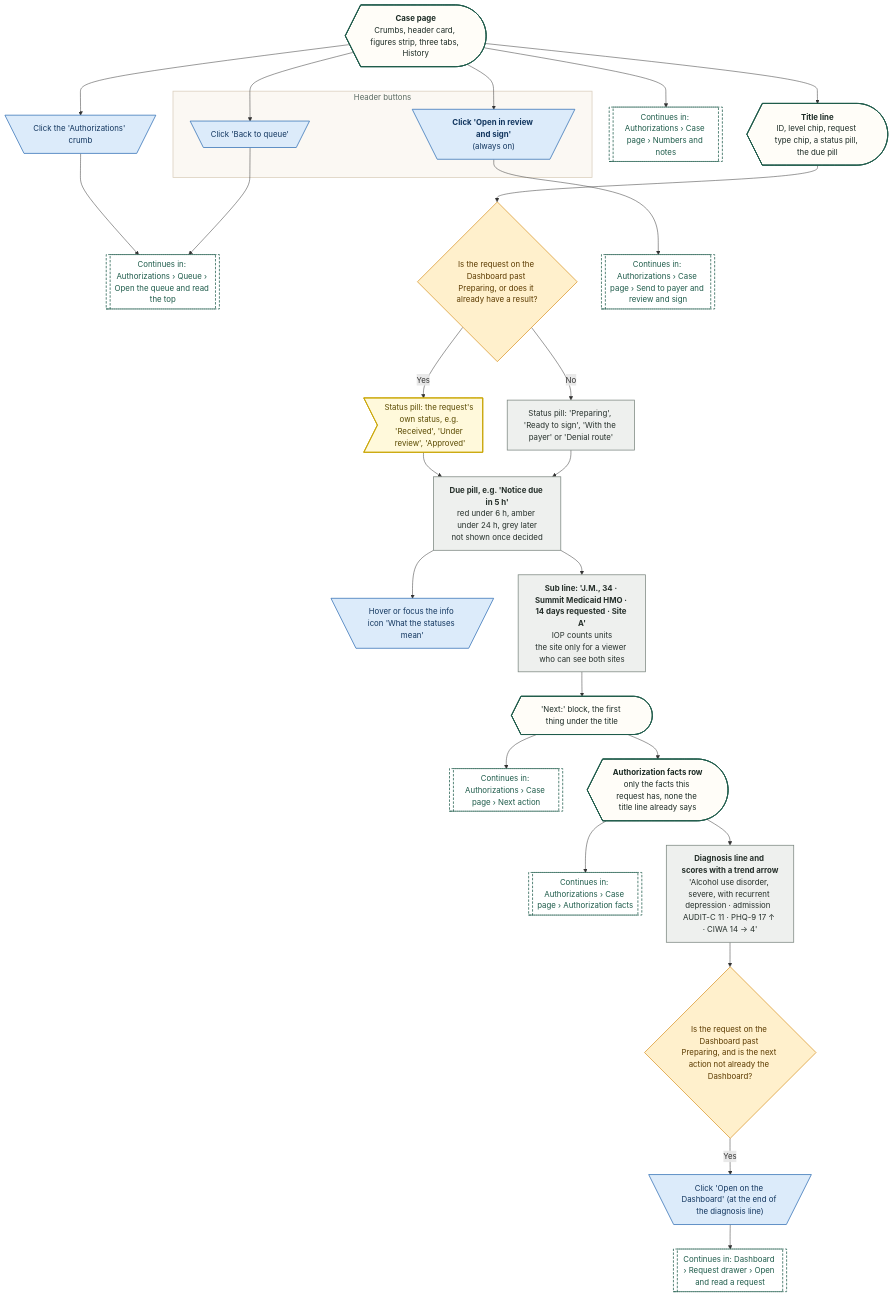
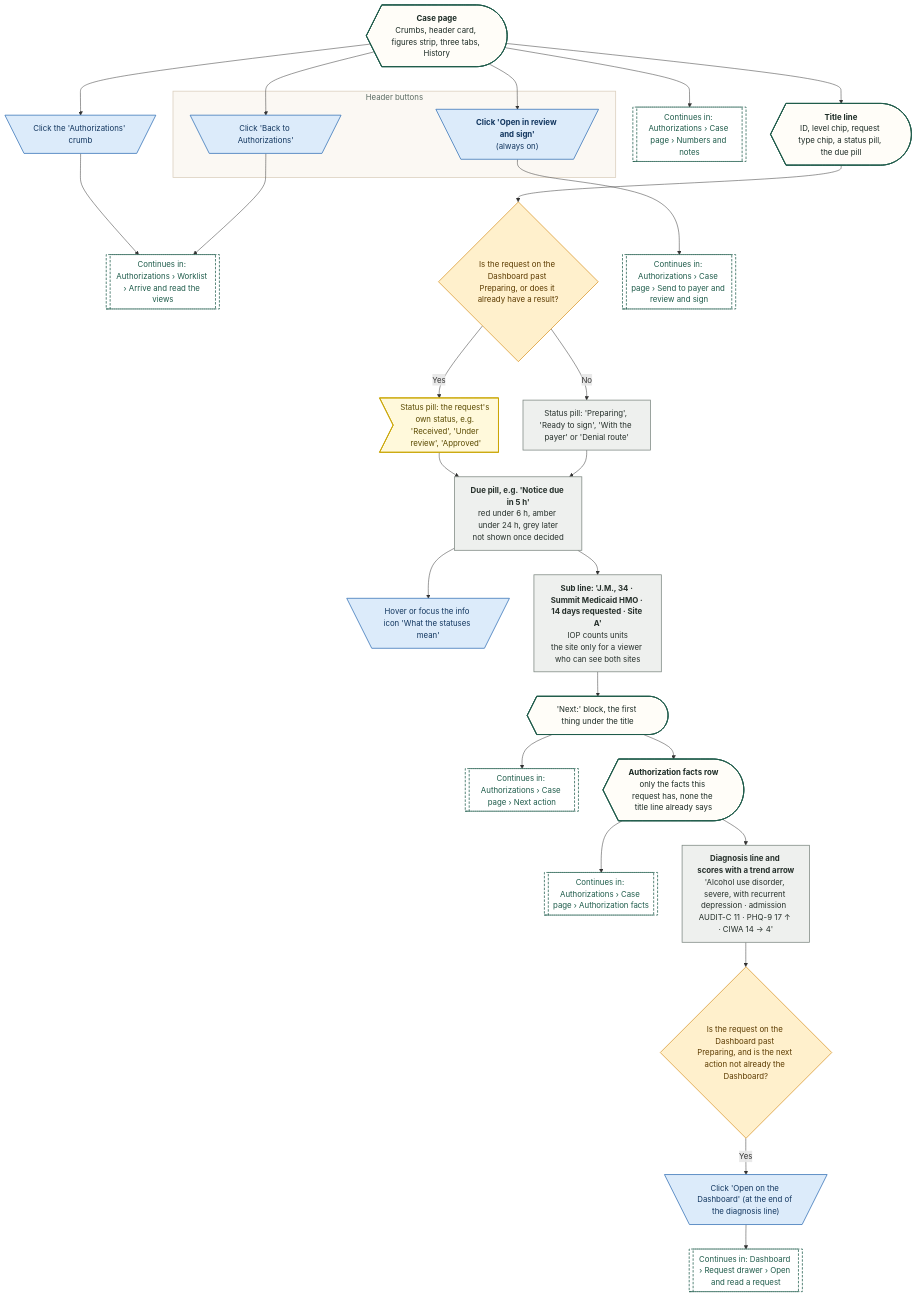
Diagram 15 of 38 in demos/prior-auth-demo/workflows/out/md/03-authorizations.md (Shrav143/psyfloapp), drawn with Mermaid before and after one commit. The commit also changed other lines of this file and 113 other files, not shown here.

First line of the commit message:
docs: workflow diagrams for the merged Authorizations (worklist, approved, reviews and tracked cases, sidebar arrow), every link retargeted, 336 diagrams

````diff
--- a/demos/prior-auth-demo/workflows/out/md/03-authorizations.md
+++ b/demos/prior-auth-demo/workflows/out/md/03-authorizations.md
@@ -909,65 +1243,65 @@
 ```mermaid
 %%{init: {"theme":"base","themeVariables":{"fontFamily":"'DM Sans', 'Segoe UI', system-ui, sans-serif","fontSize":"15px","lineColor":"#5B6B63","primaryTextColor":"#1C2B25","clusterBkg":"#FBF8F3","clusterBorder":"#D9CDBB","edgeLabelBackground":"#FFFFFF"},"flowchart":{"curve":"basis","nodeSpacing":36,"rankSpacing":48,"padding":12,"htmlLabels":true,"useMaxWidth":false,"wrappingWidth":230}} }%%
 flowchart TD
   classDef k_start fill:#1F5C4B,stroke:#174638,color:#FFFFFF,stroke-width:1.5px,font-weight:600
   classDef k_end fill:#DDEFE3,stroke:#2E7D4F,color:#14502F,stroke-width:1.5px,font-weight:600
   classDef k_endx fill:#FBE3E0,stroke:#C0392B,color:#7A1F16,stroke-width:1.5px,font-weight:600
   classDef k_screen fill:#FFFDF8,stroke:#1F5C4B,color:#1C2B25,stroke-width:2px
   classDef k_overlay fill:#F1F7F3,stroke:#1F5C4B,color:#1C2B25,stroke-width:2px,stroke-dasharray:5 3
   classDef k_click fill:#DCEBFA,stroke:#2F6DB5,color:#12365F,stroke-width:1.5px
   classDef k_input fill:#E4E7FF,stroke:#4C5FD5,color:#1D2670,stroke-width:1.5px
   classDef k_process fill:#EEF0EE,stroke:#7A857F,color:#26302B,stroke-width:1.5px
   classDef k_agent fill:#EEE5FA,stroke:#7A4FC2,color:#341A63,stroke-width:1.5px
   classDef k_decision fill:#FFF0CC,stroke:#D9962B,color:#5C3B00,stroke-width:1.5px
   classDef k_store fill:#D5F0EA,stroke:#1C8E7B,color:#0B4A3F,stroke-width:1.5px
   classDef k_doc fill:#F6E9DC,stroke:#B07A4C,color:#4A2E14,stroke-width:1.5px
   classDef k_ext fill:#FFE6D2,stroke:#E07B39,color:#6B2F06,stroke-width:1.5px
   classDef k_wait fill:#E4E8EE,stroke:#6B7C93,color:#26303D,stroke-width:1.5px
   classDef k_toast fill:#FFF9DB,stroke:#C9A400,color:#5A4A00,stroke-width:1.5px
   classDef k_goto fill:#FFFFFF,stroke:#1F5C4B,color:#1F5C4B,stroke-width:1.5px,stroke-dasharray:5 3
   pg@{ shape: curv-trap, label: "<b>Case page</b><br/>Crumbs, header card, figures strip, three tabs, History" }
   cr@{ shape: trap-t, label: "Click the 'Authorizations' crumb" }
-  gQ@{ shape: subproc, label: "Continues in: Authorizations › Queue › Open the queue and read the top" }
+  gQ@{ shape: subproc, label: "Continues in: Authorizations › Worklist › Arrive and read the views" }
   hd@{ shape: curv-trap, label: "<b>Title line</b><br/>ID, level chip, request type chip, a status pill, the due pill" }
   dCh@{ shape: diam, label: "Is the request on the Dashboard past Preparing, or does it already have a result?" }
   pc@{ shape: odd, label: "Status pill: the request's own status, e.g. 'Received', 'Under review', 'Approved'" }
   ps@{ shape: rect, label: "Status pill: 'Preparing', 'Ready to sign', 'With the payer' or 'Denial route'" }
   pd@{ shape: rect, label: "<b>Due pill, e.g. 'Notice due in 5 h'</b><br/>red under 6 h, amber under 24 h, grey later<br/>not shown once decided" }
   hi@{ shape: trap-t, label: "Hover or focus the info icon 'What the statuses mean'" }
   sub@{ shape: rect, label: "<b>Sub line: 'J.M., 34 · Summit Medicaid HMO · 14 days requested · Site A'</b><br/>IOP counts units<br/>the site only for a viewer who can see both sites" }
   nb@{ shape: curv-trap, label: "'Next:' block, the first thing under the title" }
   gN@{ shape: subproc, label: "Continues in: Authorizations › Case page › Next action" }
   fr@{ shape: curv-trap, label: "<b>Authorization facts row</b><br/>only the facts this request has, none the title line already says" }
   gF@{ shape: subproc, label: "Continues in: Authorizations › Case page › Authorization facts" }
   ag0@{ shape: rect, label: "<b>Diagnosis line and scores with a trend arrow</b><br/>'Alcohol use disorder, severe, with recurrent depression · admission  AUDIT-C 11 · PHQ-9 17 ↑ · CIWA 14 → 4'" }
   dDb@{ shape: diam, label: "Is the request on the Dashboard past Preparing, and is the next action not already the Dashboard?" }
   od@{ shape: trap-t, label: "Click 'Open on the Dashboard' (at the end of the diagnosis line)" }
   gDb@{ shape: subproc, label: "Continues in: Dashboard › Request drawer › Open and read a request" }
   subgraph gBt ["Header buttons"]
   b1@{ shape: trap-t, label: "<b>Click 'Open in review and sign'</b><br/>(always on)" }
-  b3@{ shape: trap-t, label: "Click 'Back to queue'" }
+  b3@{ shape: trap-t, label: "Click 'Back to Authorizations'" }
   end
   gS@{ shape: subproc, label: "Continues in: Authorizations › Case page › Send to payer and review and sign" }
   gT@{ shape: subproc, label: "Continues in: Authorizations › Case page › Numbers and notes" }
   pg --> cr --> gQ
   pg --> hd --> dCh
   dCh -->|"Yes"| pc
   dCh -->|"No"| ps
   pc --> pd
   ps --> pd
   pd --> hi
   pd --> sub --> nb --> gN
   nb --> fr --> gF
   fr --> ag0 --> dDb
   dDb -->|"Yes"| od --> gDb
   pg --> b1 --> gS
   pg --> b3 --> gQ
   pg --> gT
   class pg,hd,nb,fr k_screen
   class cr,hi,od,b1,b3 k_click
   class gQ,gN,gF,gDb,gS,gT k_goto
   class dCh,dDb k_decision
   class pc k_toast
   class ps,pd,sub,ag0 k_process
   style gBt fill:#FBF8F3,stroke:#D9CDBB,stroke-width:1.5px,color:#5B6B63
 ```
````
